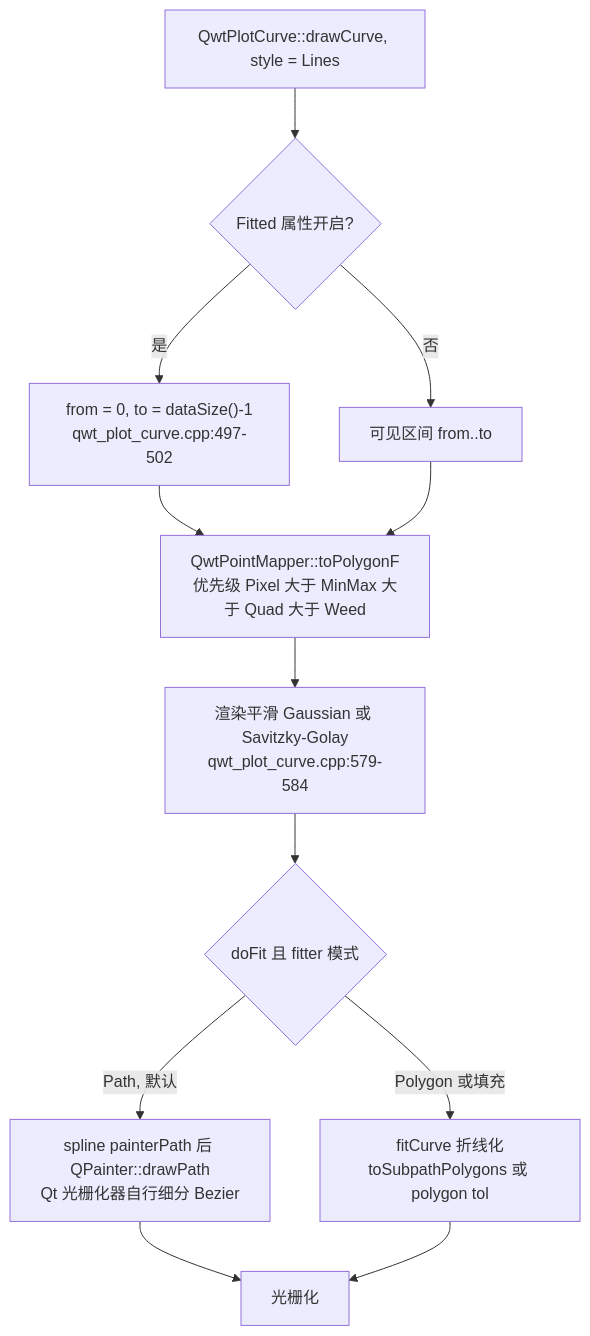
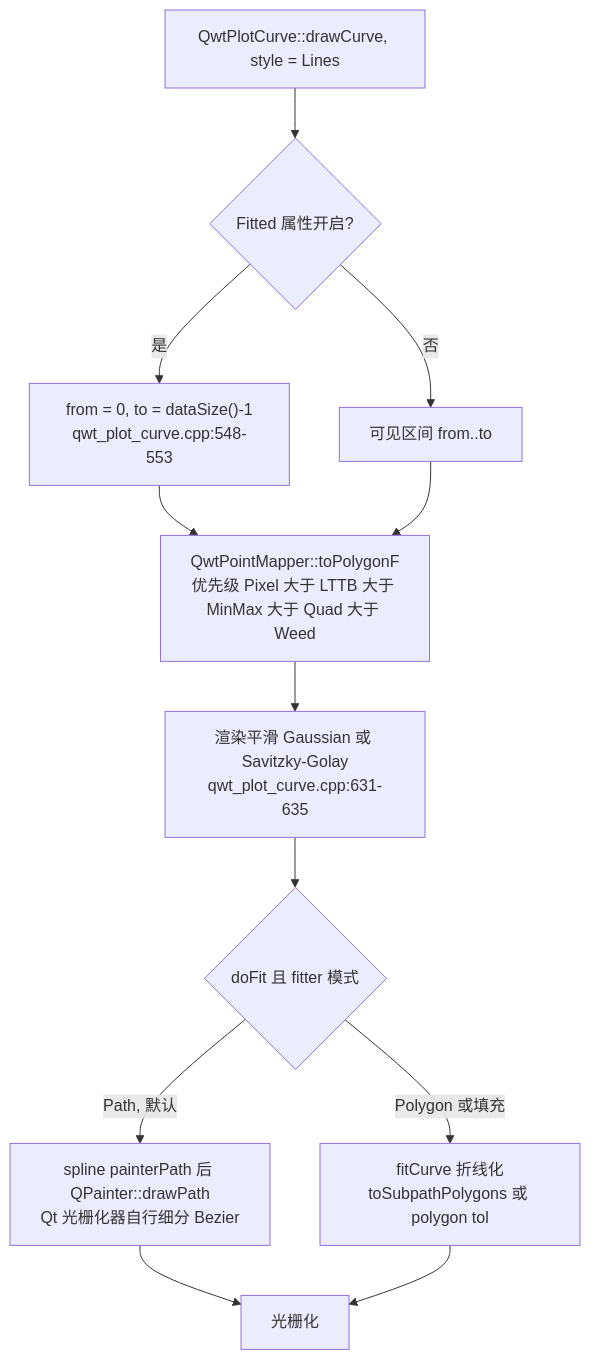
One commit to czyt1988/QWT changed the second of 2 diagrams in docs/zh/tech-report/spline-family.md. Above: the diagram before and after it, drawn with Mermaid. The commit also changed other lines of this file and 1 other file, not shown here.

````diff
--- a/docs/zh/tech-report/spline-family.md
+++ b/docs/zh/tech-report/spline-family.md
@@ -223,14 +223,14 @@
 ```mermaid
 flowchart TD
     A["QwtPlotCurve::drawCurve, style = Lines"] --> B{"Fitted 属性开启?"}
-    B -->|"是"| C["from = 0, to = dataSize()-1<br/>qwt_plot_curve.cpp:497-502"]
+    B -->|"是"| C["from = 0, to = dataSize()-1<br/>qwt_plot_curve.cpp:548-553"]
     B -->|"否"| D["可见区间 from..to"]
-    C --> E["QwtPointMapper::toPolygonF<br/>优先级 Pixel 大于 MinMax 大于 Quad 大于 Weed"]
+    C --> E["QwtPointMapper::toPolygonF<br/>优先级 Pixel 大于 LTTB 大于 MinMax 大于 Quad 大于 Weed"]
     D --> E
-    E --> F["渲染平滑 Gaussian 或 Savitzky-Golay<br/>qwt_plot_curve.cpp:579-584"]
+    E --> F["渲染平滑 Gaussian 或 Savitzky-Golay<br/>qwt_plot_curve.cpp:631-635"]
     F --> G{"doFit 且 fitter 模式"}
     G -->|"Path, 默认"| H["spline painterPath 后 QPainter::drawPath<br/>Qt 光栅化器自行细分 Bezier"]
     G -->|"Polygon 或填充"| I["fitCurve 折线化<br/>toSubpathPolygons 或 polygon tol"]
     H --> J["光栅化"]
     I --> J
 ```
````
